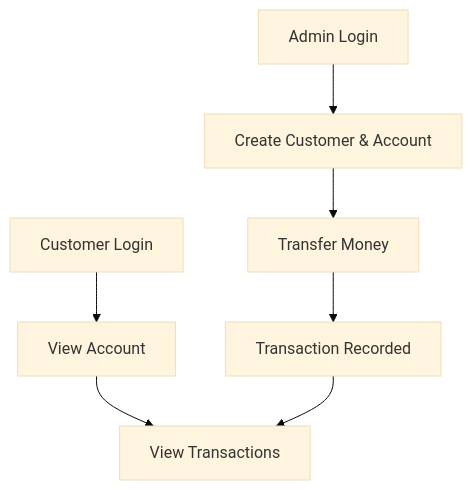
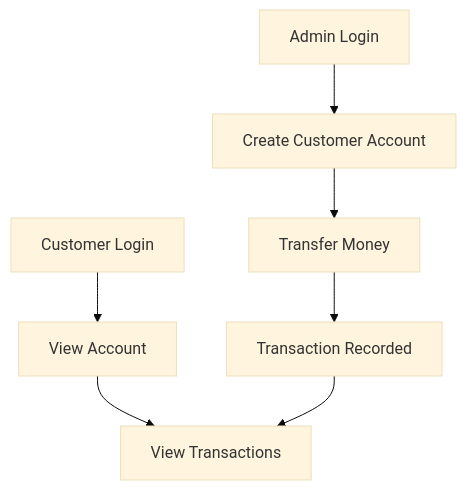
The diagram in README.md (saranya-3012/Secure-Transaction-Management-System), drawn with Mermaid (base theme) before and after one commit.

Commit message:
Mermaid added

````diff
--- a/README.md
+++ b/README.md
@@ -9,10 +9,10 @@
 ```mermaid
 graph TD
-A[Admin Login] --> B[Create Customer & Account]
+A[Admin Login] --> B[Create Customer Account]
 B --> C[Transfer Money]
 C --> D[Transaction Recorded]
 
 E[Customer Login] --> F[View Account]
 F --> G[View Transactions]
 D --> G
 ```
````
